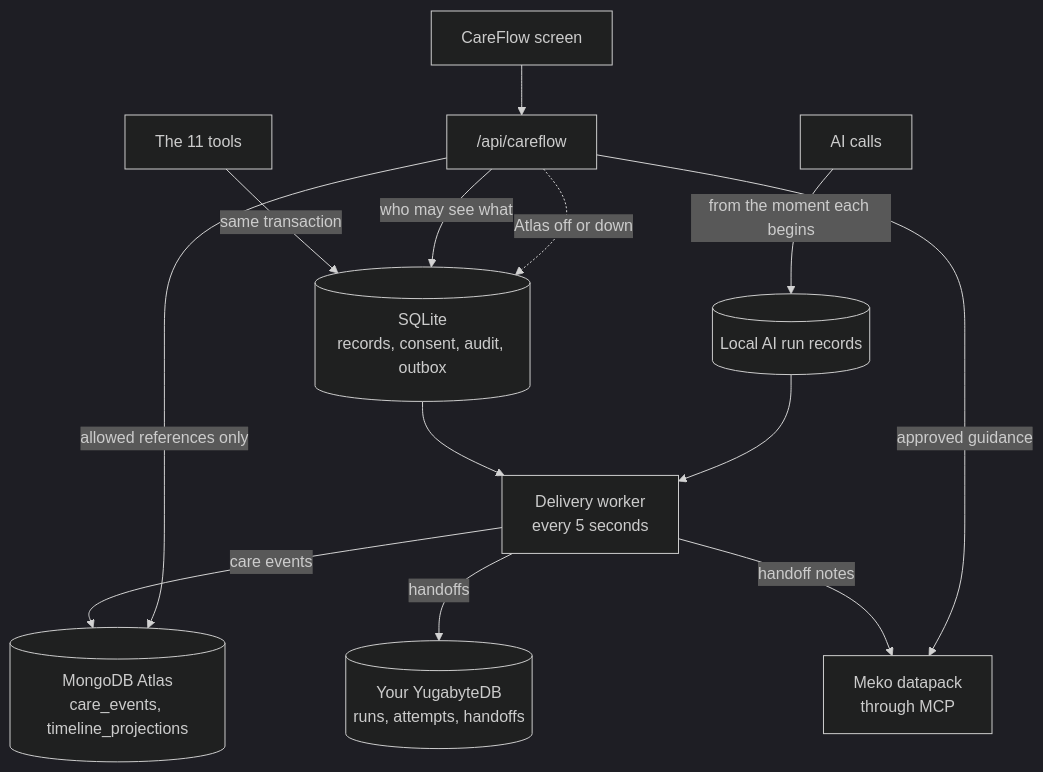
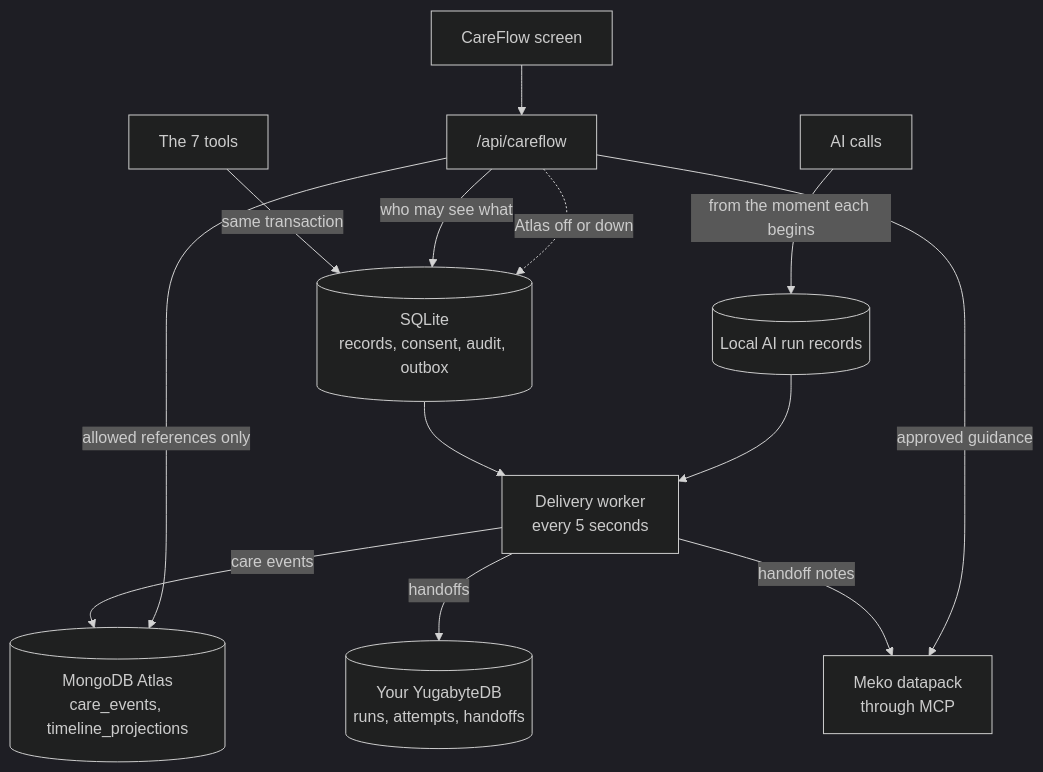
One commit to HimalGarg/diagnosia changed the first of 2 diagrams in docs/integrations/ARCHITECTURE.md. Above: the diagram before and after it, drawn with Mermaid (dark theme). The commit also changed 107 other files, not shown here.

````diff
--- a/docs/integrations/ARCHITECTURE.md
+++ b/docs/integrations/ARCHITECTURE.md
@@ -6,14 +6,14 @@
 ```mermaid
 flowchart TD
-    tools["The 11 tools"] -->|same transaction| sqlite[("SQLite<br/>records, consent, audit, outbox")]
+    tools["The 7 tools"] -->|same transaction| sqlite[("SQLite<br/>records, consent, audit, outbox")]
     sqlite --> worker["Delivery worker<br/>every 5 seconds"]
     worker -->|care events| atlas[("MongoDB Atlas<br/>care_events, timeline_projections")]
     worker -->|handoffs| ysql[("Your YugabyteDB<br/>runs, attempts, handoffs")]
     worker -->|handoff notes| meko["Meko datapack<br/>through MCP"]
     llm["AI calls"] -->|from the moment each begins| runs[("Local AI run records")] --> worker
     page["CareFlow screen"] --> api["/api/careflow"]
     api -->|who may see what| sqlite
     api -->|allowed references only| atlas
     api -.->|Atlas off or down| sqlite
     api -->|approved guidance| meko
 ```
````
